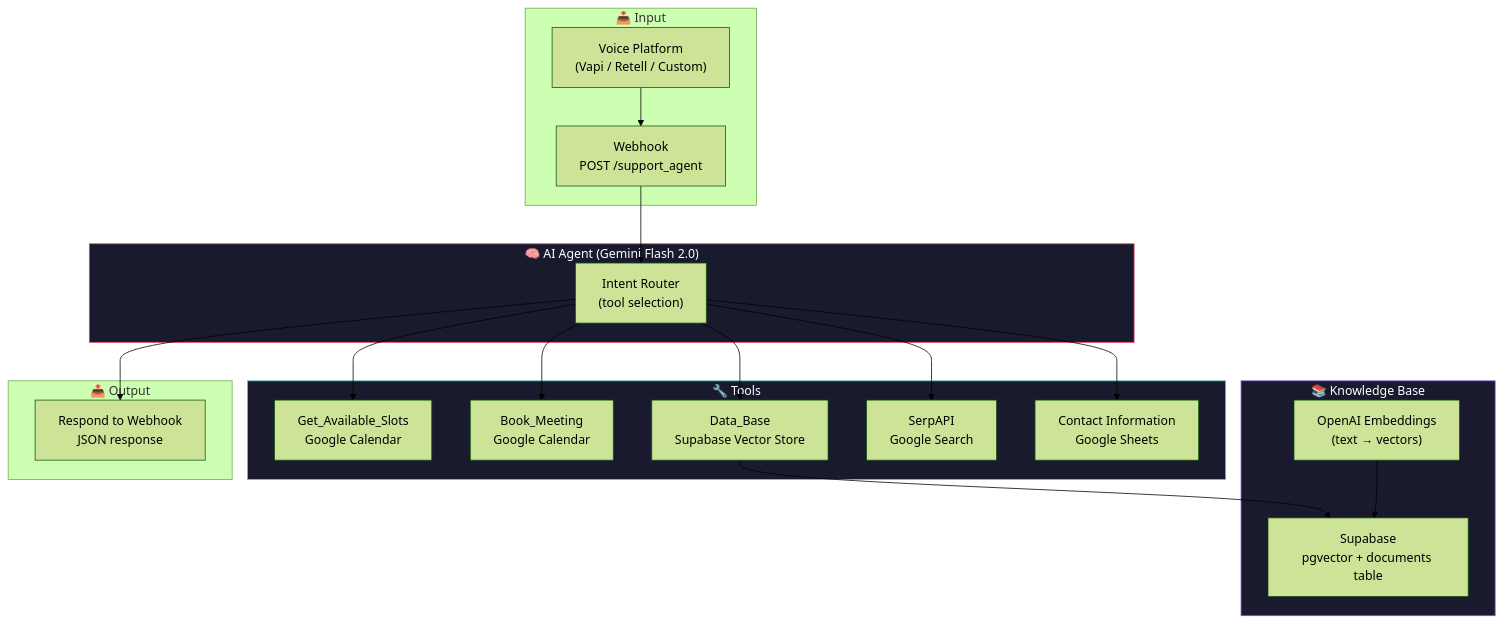
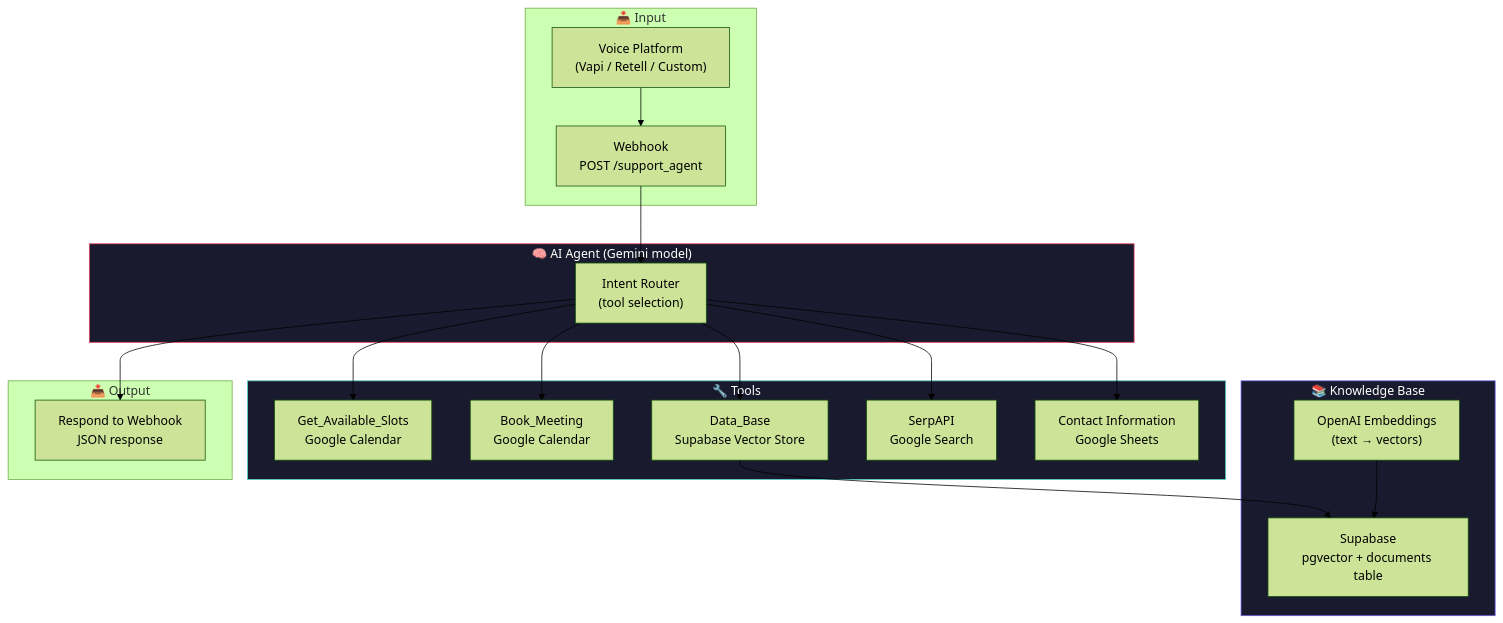
The diagram in Voice_Rag_Agent/README.md (strider1000/Demo-Workflow-Automations), drawn with Mermaid (forest theme) before and after one commit. The commit also changed other lines of this file and 4 other files, not shown here.

````diff
--- a/Voice_Rag_Agent/README.md
+++ b/Voice_Rag_Agent/README.md
@@ -29,43 +29,43 @@
 ```mermaid
 flowchart TB
     subgraph Input["📥 Input"]
         VOICE["Voice Platform\n(Vapi / Retell / Custom)"]
         WEBHOOK["Webhook\nPOST /support_agent"]
     end
 
-    subgraph Agent["🧠 AI Agent (Gemini Flash 2.0)"]
+    subgraph Agent["🧠 AI Agent (Gemini model)"]
         ROUTER["Intent Router\n(tool selection)"]
     end
 
     subgraph Tools["🔧 Tools"]
         CAL_CHECK["Get_Available_Slots\nGoogle Calendar"]
         CAL_BOOK["Book_Meeting\nGoogle Calendar"]
         RAG["Data_Base\nSupabase Vector Store"]
         WEB["SerpAPI\nGoogle Search"]
         CONTACT["Contact Information\nGoogle Sheets"]
     end
 
     subgraph Knowledge["📚 Knowledge Base"]
         SUPABASE["Supabase\npgvector + documents table"]
         EMBED["OpenAI Embeddings\n(text → vectors)"]
     end
 
     subgraph Output["📤 Output"]
         RESPOND["Respond to Webhook\nJSON response"]
     end
 
     VOICE --> WEBHOOK
     WEBHOOK --> ROUTER
     ROUTER --> CAL_CHECK
     ROUTER --> CAL_BOOK
     ROUTER --> RAG
     ROUTER --> WEB
     ROUTER --> CONTACT
     RAG --> SUPABASE
     EMBED --> SUPABASE
     ROUTER --> RESPOND
 
     style Agent fill:#1a1a2e,stroke:#e94560,color:#fff
     style Tools fill:#1a1a2e,stroke:#4ecdc4,color:#fff
     style Knowledge fill:#1a1a2e,stroke:#6c5ce7,color:#fff
 ```
````
